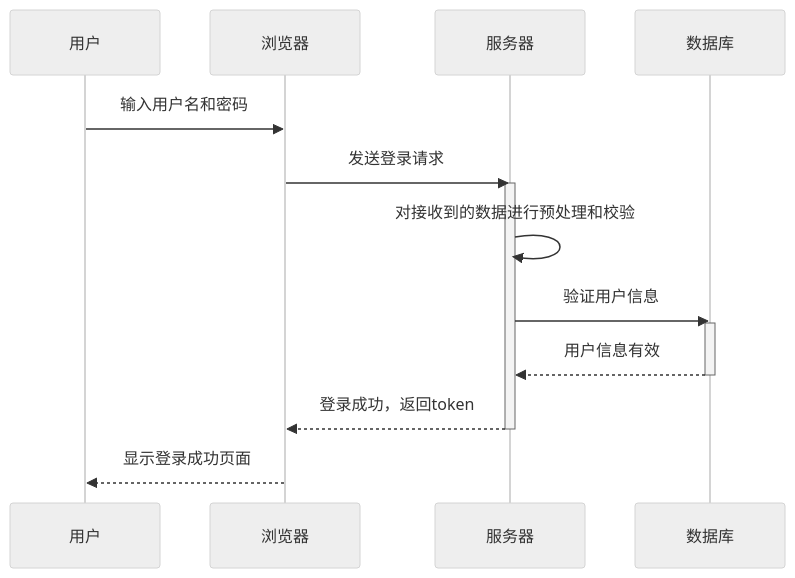
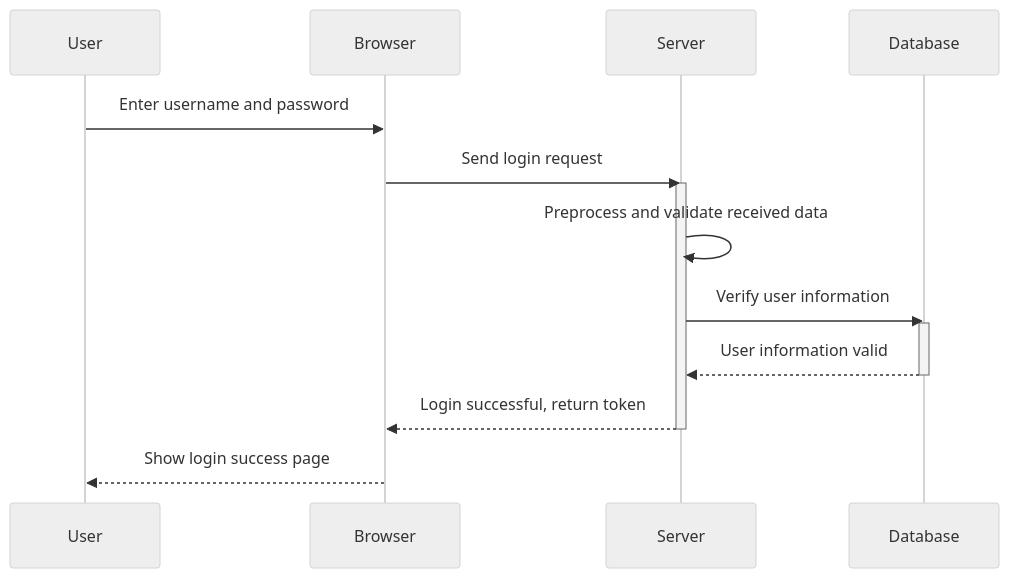
Before and after one commit to sleetish/md2visio-gui: the first of 5 diagrams in md2visio/test/sequence.md, drawn with Mermaid (neutral theme). The commit also changed other lines of this file and 11 other files, not shown here.

````diff
--- a/md2visio/test/sequence.md
+++ b/md2visio/test/sequence.md
@@ -5,19 +5,19 @@
 ```mermaid
 sequenceDiagram
-    participant a as 用户
-    participant b as 浏览器
-    participant c as 服务器
-    participant d as 数据库
+    participant a as User
+    participant b as Browser
+    participant c as Server
+    participant d as Database
 
-    a->>b: 输入用户名和密码
-    b->>c: 发送登录请求
+    a->>b: Enter username and password
+    b->>c: Send login request
     activate c
-    c->>c: 对接收到的数据进行预处理和校验
-    c->>d: 验证用户信息
+    c->>c: Preprocess and validate received data
+    c->>d: Verify user information
     activate d
-    d-->>c: 用户信息有效
+    d-->>c: User information valid
     deactivate d
-    c-->>b: 登录成功，返回token
+    c-->>b: Login successful, return token
     deactivate c
-    b-->>a: 显示登录成功页面
+    b-->>a: Show login success page
 ```
````
